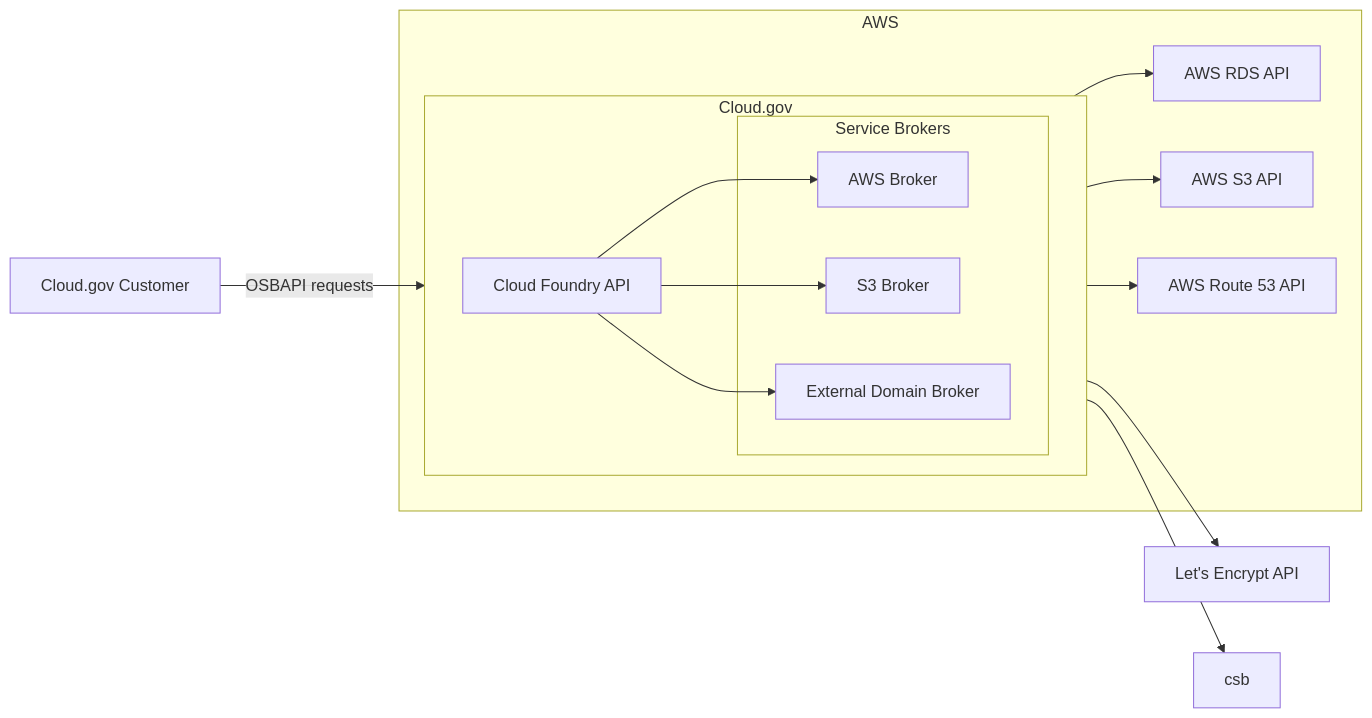
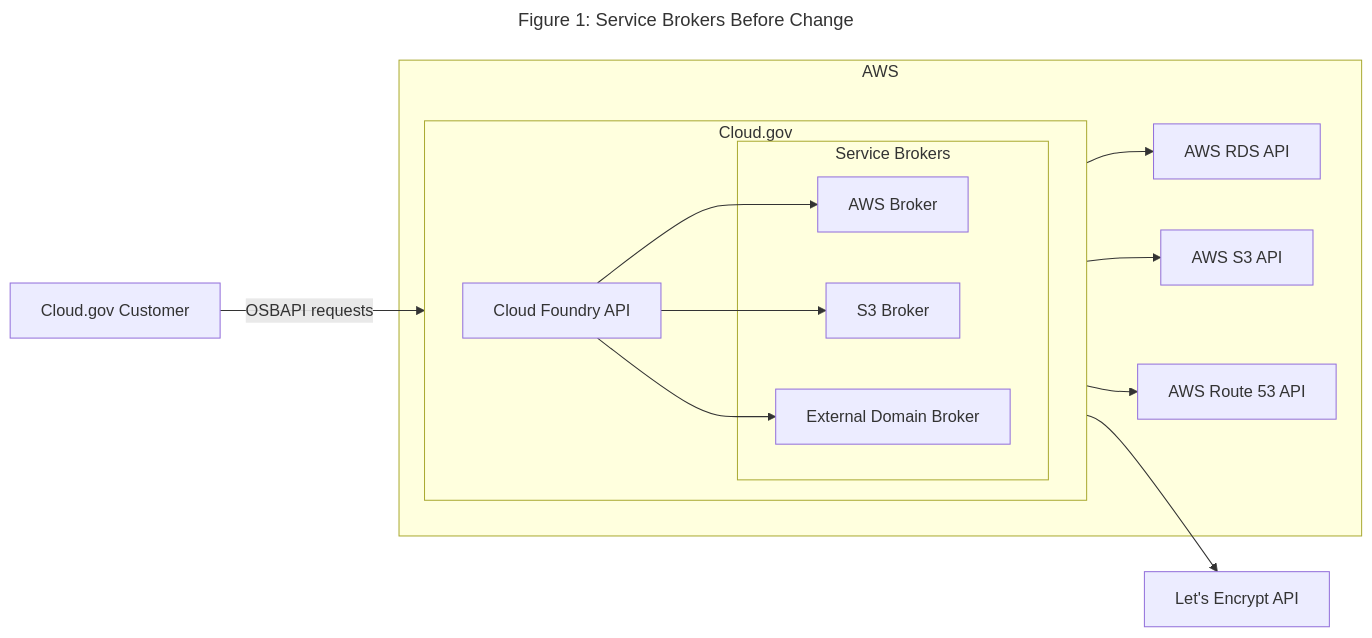
One commit to cloud-gov/csb changed the first of 3 diagrams in docs/diagrams.md. Above: the diagram before and after it, drawn with Mermaid. The commit also changed other lines of this file, not shown here.

Commit message:
Add titles, SNS references, and other fixes to diagrams

````diff
--- a/docs/diagrams.md
+++ b/docs/diagrams.md
@@ -7,36 +7,39 @@
 ```mermaid
+---
+title: "Figure 1: Service Brokers Before Change"
+---
+
 flowchart LR
     u["Cloud.gov Customer"]
 
     subgraph "AWS"
 
         subgraph "Cloud.gov"
             direction LR
             capi["Cloud Foundry API"]
 
             subgraph "Service Brokers"
                 awsbroker["AWS Broker"]
                 s3broker["S3 Broker"]
                 extbroker["External Domain Broker"]
             end
         end
 
         rdsapi["AWS RDS API"]
         s3api["AWS S3 API"]
         route53api["AWS Route 53 API"]
     end
 
     letsencrypt["Let's Encrypt API"]
 
     u -->|OSBAPI requests| capi
 
     capi --> awsbroker
     capi --> s3broker
-    capi --> csb
     capi --> extbroker
 
     awsbroker --> rdsapi
     s3broker --> s3api
     extbroker --> route53api
     extbroker --> letsencrypt
 ```
````
